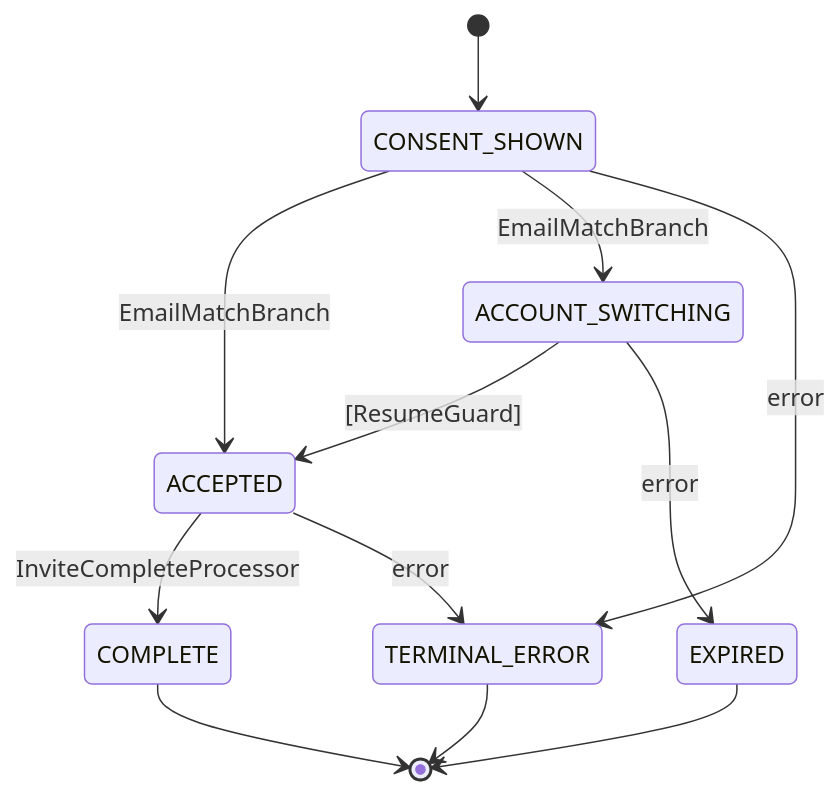
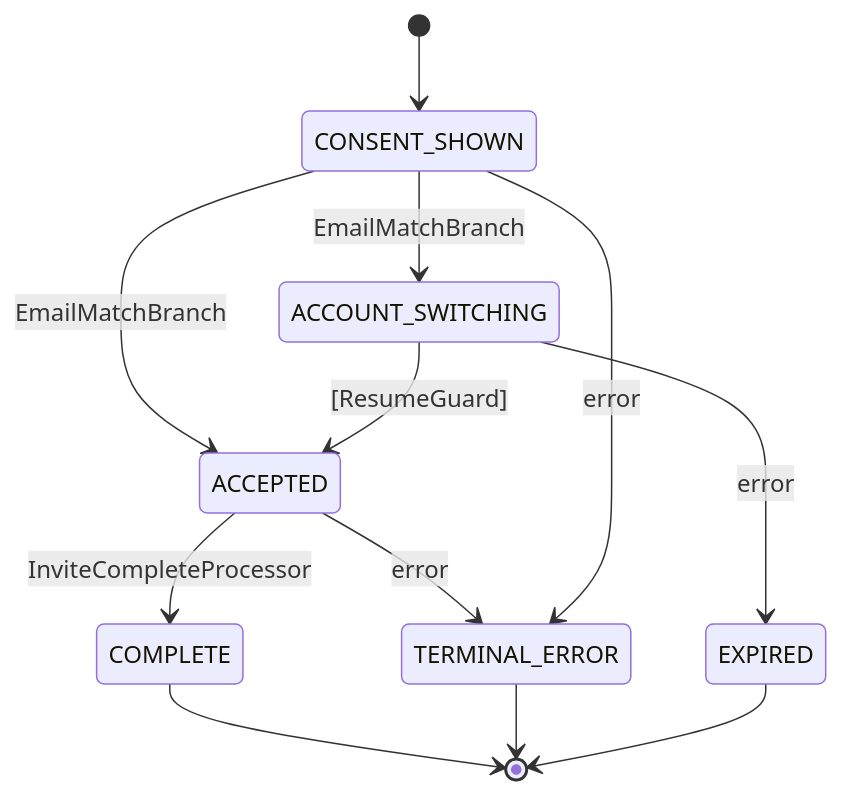
One commit to opaopa6969/volta-auth-proxy changed the diagram in docs/diagrams/flow-invite.mmd. Above: the diagram before and after it, drawn with Mermaid. The commit also changed other lines of this file and 22 other files, not shown here.

```diff
--- a/docs/diagrams/flow-invite.mmd
+++ b/docs/diagrams/flow-invite.mmd
@@ -1,12 +1,12 @@
 stateDiagram-v2
     [*] --> CONSENT_SHOWN
     CONSENT_SHOWN --> ACCEPTED : EmailMatchBranch
     CONSENT_SHOWN --> ACCOUNT_SWITCHING : EmailMatchBranch
     ACCOUNT_SWITCHING --> ACCEPTED : [ResumeGuard]
     ACCEPTED --> COMPLETE : InviteCompleteProcessor
+    ACCEPTED --> TERMINAL_ERROR : error
+    ACCOUNT_SWITCHING --> EXPIRED : error
     CONSENT_SHOWN --> TERMINAL_ERROR : error
-    ACCOUNT_SWITCHING --> EXPIRED : error
-    ACCEPTED --> TERMINAL_ERROR : error
     COMPLETE --> [*]
     TERMINAL_ERROR --> [*]
     EXPIRED --> [*]
```
